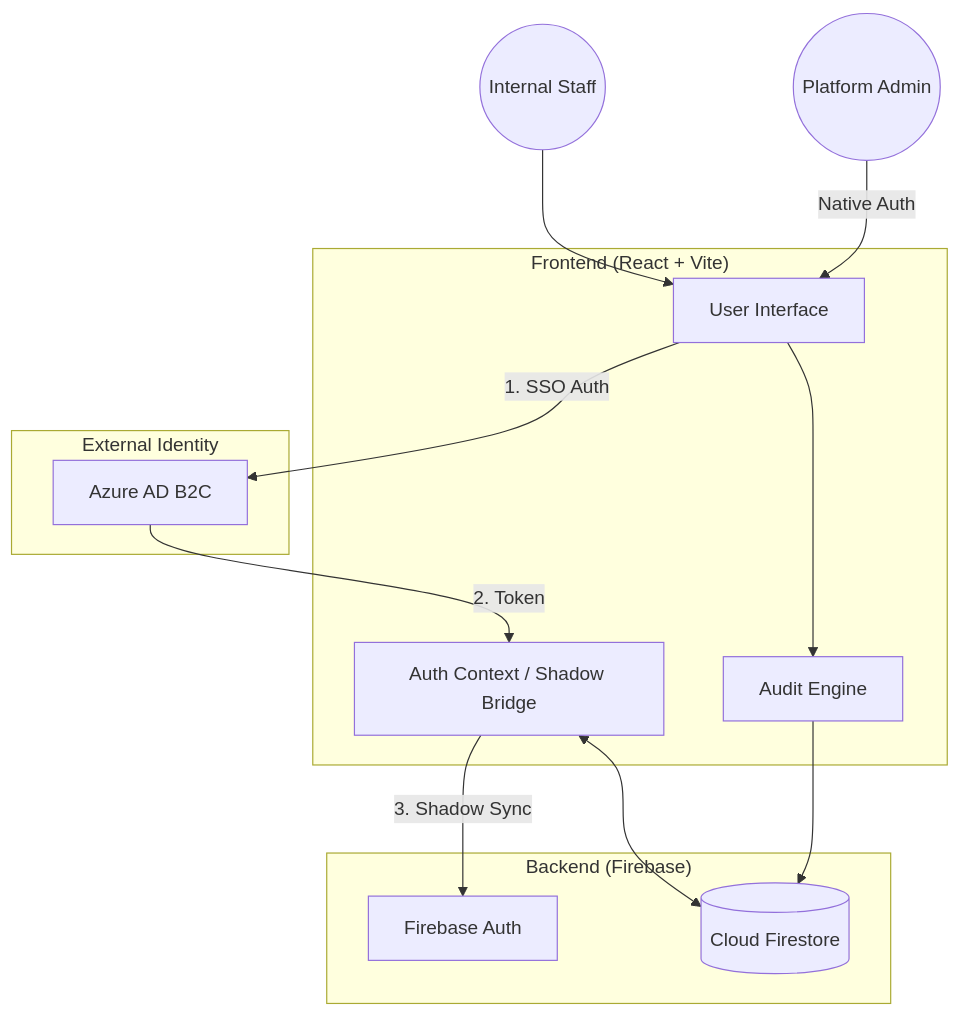
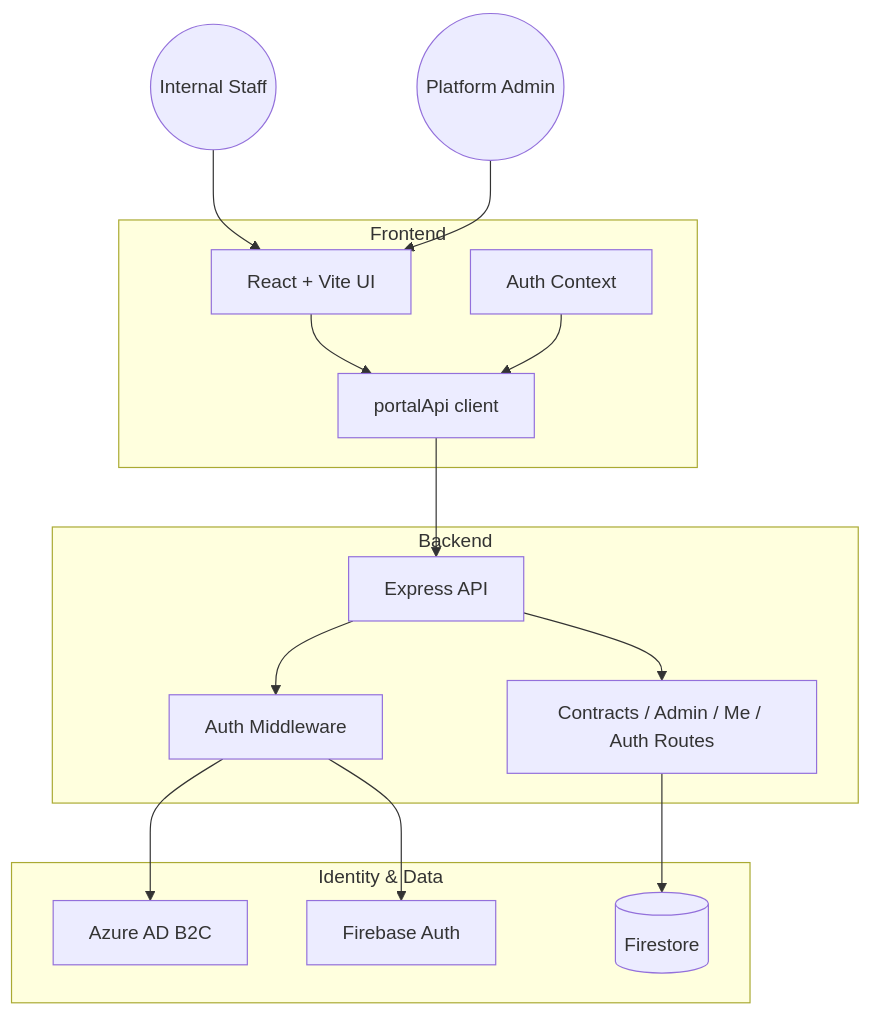
Before and after one commit to ebsystemdigitalization/Bridge-Contract-Status-Portal: the first of 3 diagrams in Design.md, drawn with Mermaid. The commit also changed other lines of this file and 1 other file, not shown here.

````diff
--- a/Design.md
+++ b/Design.md
@@ -11,30 +16,34 @@
 ```mermaid
 graph TD
     User((Internal Staff))
     Admin((Platform Admin))
 
-    subgraph "External Identity"
-        ADB2C[Azure AD B2C]
+    subgraph "Frontend"
+        UI[React + Vite UI]
+        AuthC[Auth Context]
+        PortalAPI[portalApi client]
     end
 
-    subgraph "Frontend (React + Vite)"
-        UI[User Interface]
-        AuthC[Auth Context / Shadow Bridge]
-        AuditEngine[Audit Engine]
+    subgraph "Backend"
+        API[Express API]
+        AuthMW[Auth Middleware]
+        Routes[Contracts / Admin / Me / Auth Routes]
     end
 
-    subgraph "Backend (Firebase)"
+    subgraph "Identity & Data"
+        ADB2C[Azure AD B2C]
         FA[Firebase Auth]
-        FS[(Cloud Firestore)]
+        FS[(Firestore)]
     end
 
     User --> UI
-    UI -- "1. SSO Auth" --> ADB2C
-    ADB2C -- "2. Token" --> AuthC
-    AuthC -- "3. Shadow Sync" --> FA
-    AuthC <--> FS
-    
-    Admin -- "Native Auth" --> UI
-    UI --> AuditEngine
-    AuditEngine --> FS
+    Admin --> UI
+    UI --> PortalAPI
+    PortalAPI --> API
+    API --> AuthMW
+    AuthMW --> ADB2C
+    AuthMW --> FA
+    API --> Routes
+    Routes --> FS
+    AuthC --> PortalAPI
 ```
````
